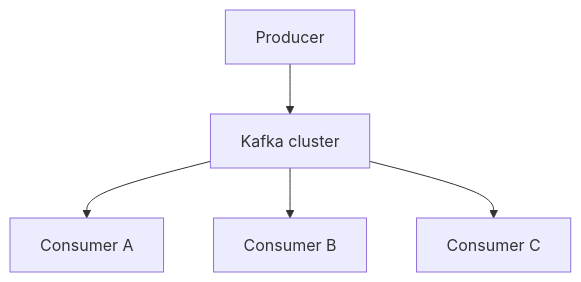
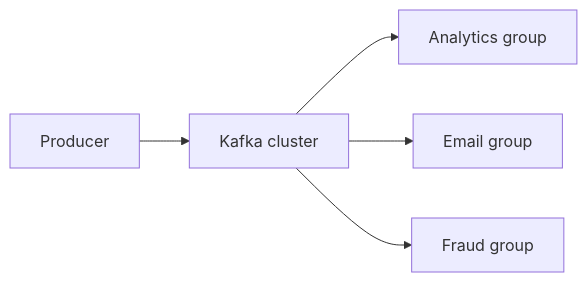
Before and after one commit to hareramcse/SystemDesign: the fifth of 24 diagrams in 06-messaging-and-events/README.md, drawn with Mermaid. The commit also changed other lines of this file and 14 other files, not shown here.

````diff
--- a/06-messaging-and-events/README.md
+++ b/06-messaging-and-events/README.md
@@ -1186,7 +601,7 @@
 ```mermaid
-flowchart TB
+flowchart LR
     Prod[Producer] --> Kafka[Kafka cluster]
-    Kafka --> CA[Consumer A]
-    Kafka --> CB[Consumer B]
-    Kafka --> CC[Consumer C]
+    Kafka --> G1[Analytics group]
+    Kafka --> G2[Email group]
+    Kafka --> G3[Fraud group]
 ```
````
